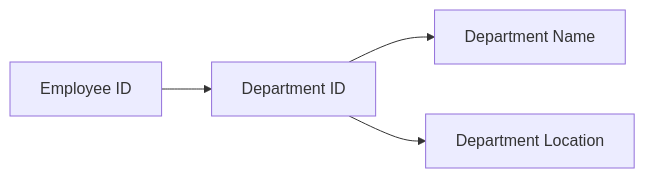
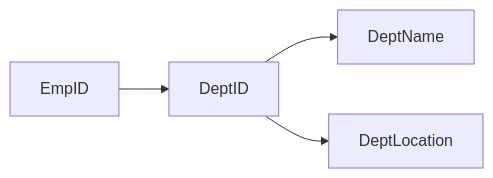
Before and after one commit to pentoshi007/prep: the sixth of 14 diagrams in DBMS/norm.md, drawn with Mermaid. The commit also changed other lines of this file, not shown here.

````diff
--- a/DBMS/norm.md
+++ b/DBMS/norm.md
@@ -221,6 +460,6 @@
 ```mermaid
 flowchart LR
-    E[Employee ID] --> D[Department ID]
-    D --> N[Department Name]
-    D --> L[Department Location]
+    E[EmpID] --> D[DeptID]
+    D --> N[DeptName]
+    D --> L[DeptLocation]
 ```
````
